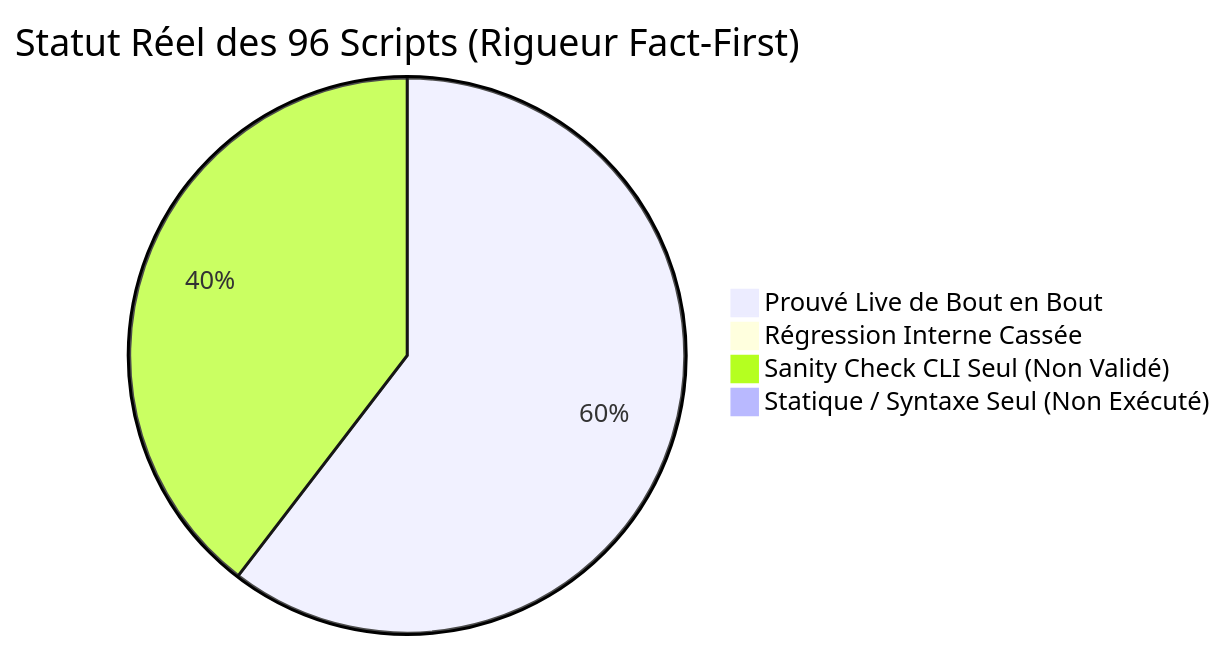
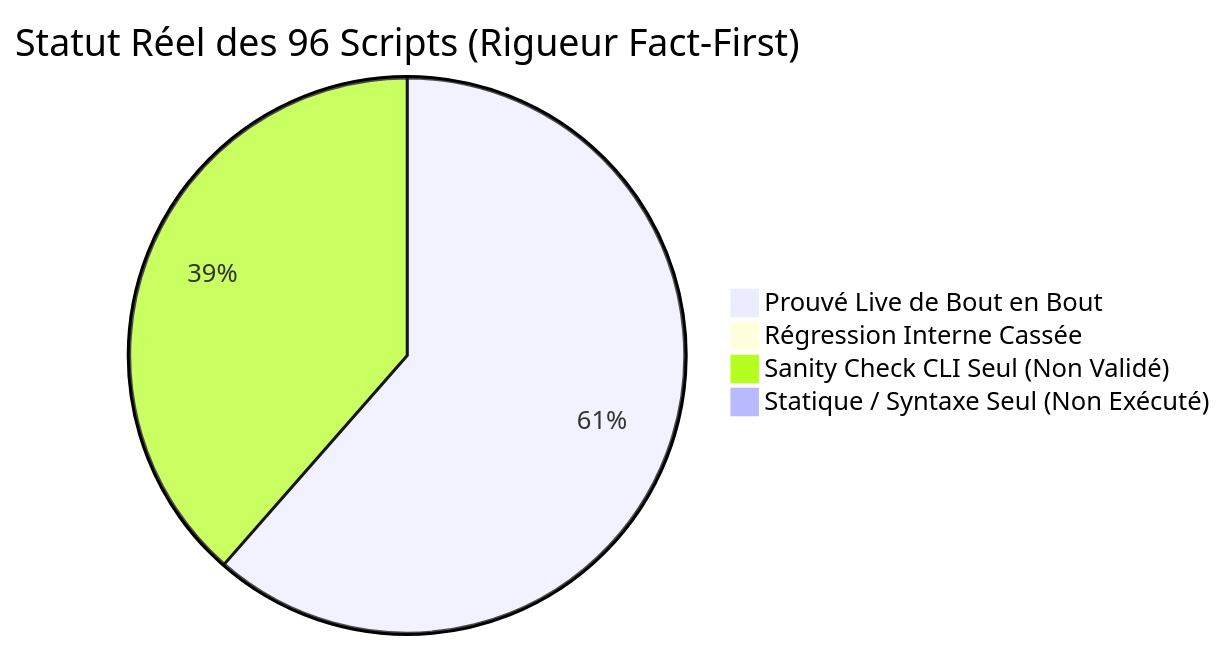
Before and after one commit to yoyonel/pydbsrt: the diagram in docs/reference/2026-11-10-audit-exhaustif-scripts-regressions.md, drawn with Mermaid. The commit also changed other lines of this file and 3 other files, not shown here.

````diff
--- a/docs/reference/2026-11-10-audit-exhaustif-scripts-regressions.md
+++ b/docs/reference/2026-11-10-audit-exhaustif-scripts-regressions.md
@@ -16,7 +16,7 @@
 ```mermaid
 pie title Statut Réel des 96 Scripts (Rigueur Fact-First)
-    "Prouvé Live de Bout en Bout" : 58
+    "Prouvé Live de Bout en Bout" : 59
     "Régression Interne Cassée" : 0
-    "Sanity Check CLI Seul (Non Validé)" : 38
+    "Sanity Check CLI Seul (Non Validé)" : 37
     "Statique / Syntaxe Seul (Non Exécuté)" : 0
 ```
````
